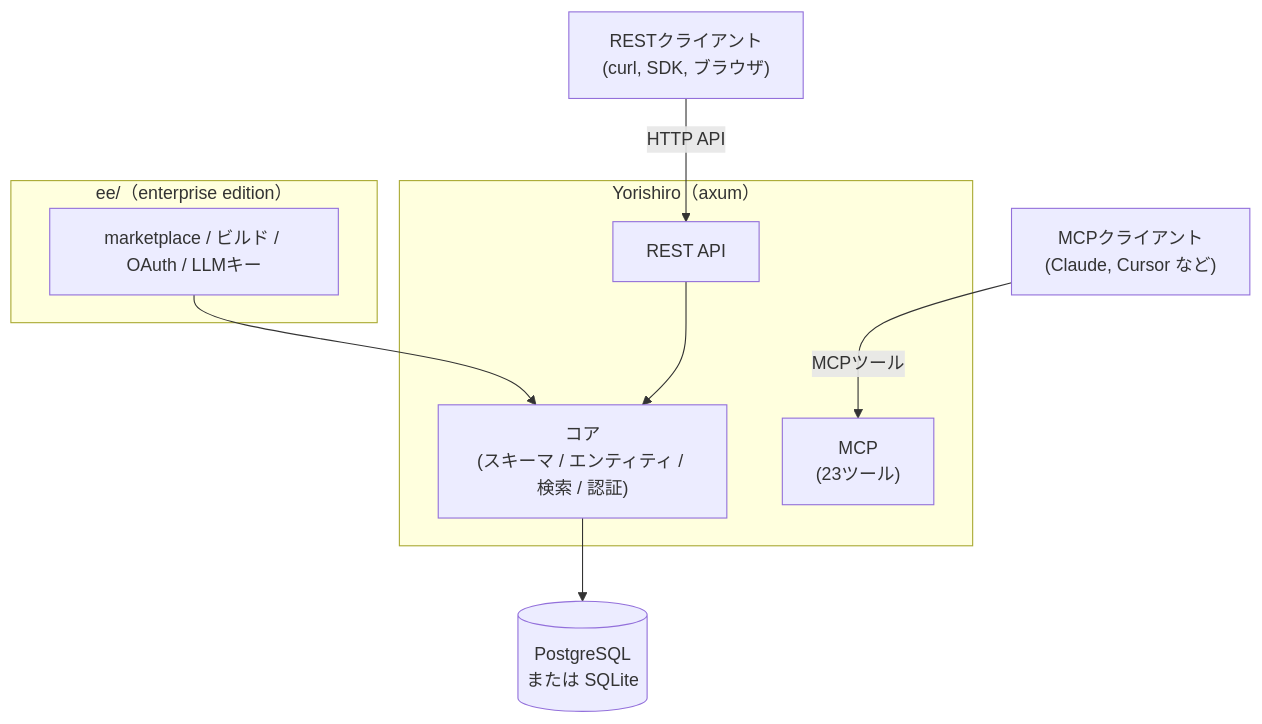
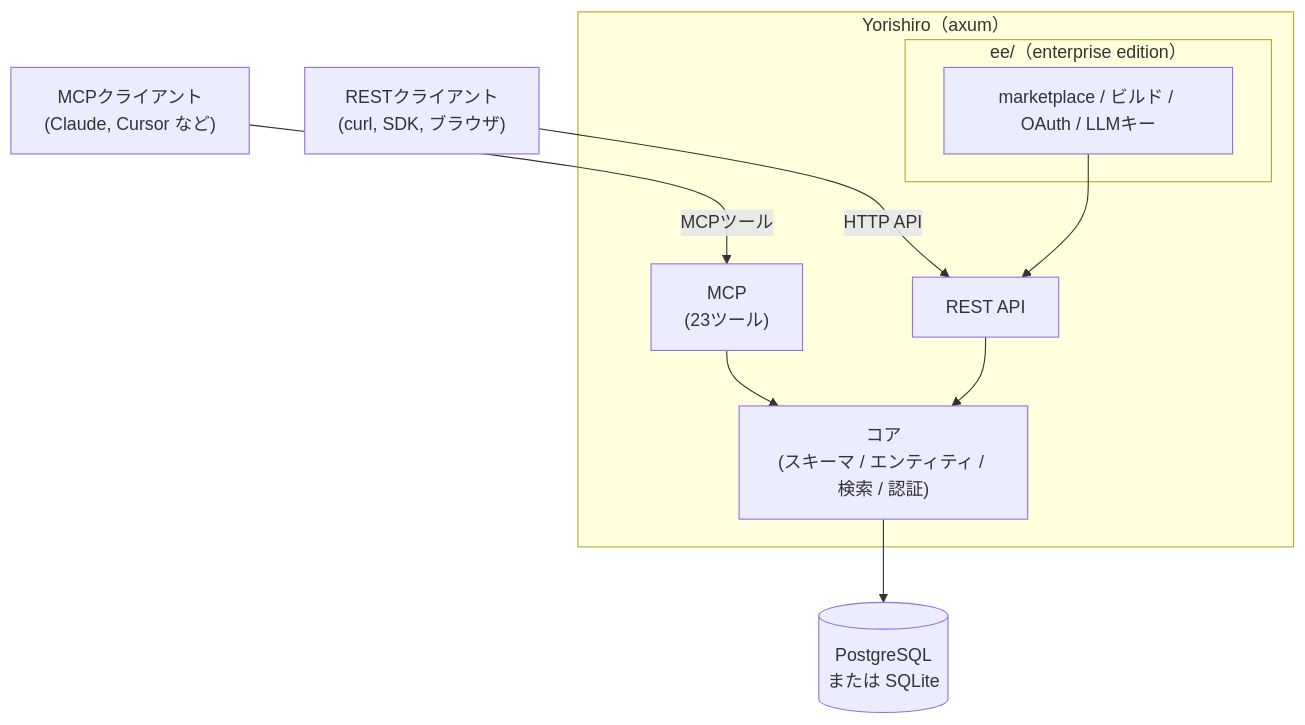
Before and after one commit to yorishiro-ai/yorishiro: the diagram in README.jp.md, drawn with Mermaid. The commit also changed other lines of this file and 1 other file, not shown here.

Commit message:
fix: correct README architecture diagram and SQLite-first documentation

````diff
--- a/README.jp.md
+++ b/README.jp.md
@@ -19,23 +19,25 @@
 ```mermaid
 flowchart TD
     MCPClient["MCPクライアント<br/>(Claude, Cursor など)"]
     RESTClient["RESTクライアント<br/>(curl, SDK, ブラウザ)"]
 
-    subgraph Enterprise["ee/（enterprise edition）"]
-        EnterpriseREST["marketplace / ビルド / OAuth / LLMキー"]
-    end
-
     subgraph Server["Yorishiro（axum）"]
-        Core["コア<br/>(スキーマ / エンティティ / 検索 / 認証)"]
         MCP["MCP<br/>(23ツール)"]
         REST["REST API"]
+
+        subgraph Enterprise["ee/（enterprise edition）"]
+            EE["marketplace / ビルド / OAuth / LLMキー"]
+        end
+
+        Core["コア<br/>(スキーマ / エンティティ / 検索 / 認証)"]
     end
 
     DB[("PostgreSQL<br/>または SQLite")]
 
     MCPClient -->|"MCPツール"| MCP
     RESTClient -->|"HTTP API"| REST
+    MCP --> Core
     REST --> Core
-    EnterpriseREST --> Core
+    EE --> REST
     Core --> DB
 ```
````
